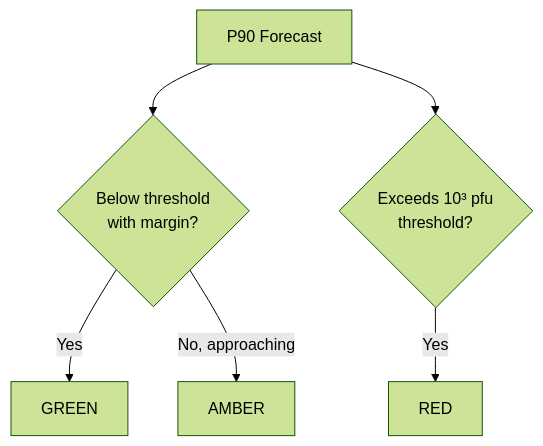
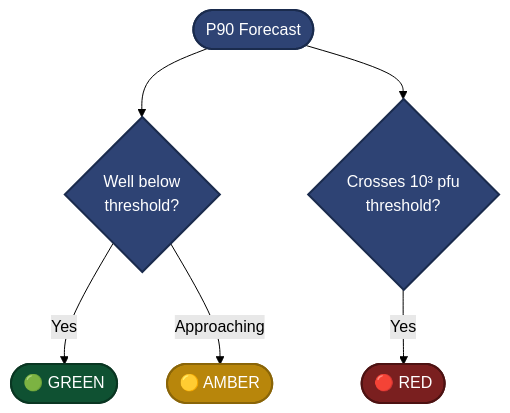
The seventh of 7 diagrams in README.md (mohit4901/PRAHARI), drawn with Mermaid (forest theme) before and after one commit. The commit also changed other lines of this file, not shown here.

````diff
--- a/README.md
+++ b/README.md
@@ -285,8 +396,18 @@
 ```mermaid
 flowchart TD
-    A[P90 Forecast] --> B{"Below threshold\nwith margin?"}
-    B -->|Yes| G[GREEN]
-    B -->|No, approaching| C[AMBER]
-    A --> D{"Exceeds 10³ pfu\nthreshold?"}
-    D -->|Yes| R[RED]
+    A(["P90 Forecast"]) --> B{"Well below<br>threshold?"}
+    B -->|Yes| GRN(["🟢 GREEN"])
+    B -->|Approaching| AMB(["🟡 AMBER"])
+    A --> D{"Crosses 10³ pfu<br>threshold?"}
+    D -->|Yes| RED(["🔴 RED"])
+
+    classDef green fill:#0F5132,color:#fff,stroke:#0a3622,stroke-width:2px
+    classDef amber fill:#B8860B,color:#fff,stroke:#8a6508,stroke-width:2px
+    classDef red fill:#7A1F1F,color:#fff,stroke:#4d1212,stroke-width:2px
+    classDef decision fill:#2E4374,color:#fff,stroke:#1a2b4d,stroke-width:2px
+
+    class GRN green
+    class AMB amber
+    class RED red
+    class A,B,D decision
 ```
````
